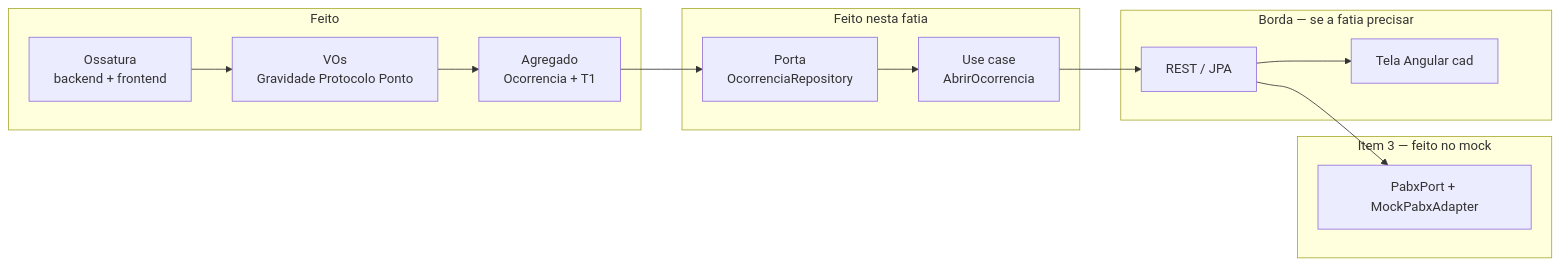
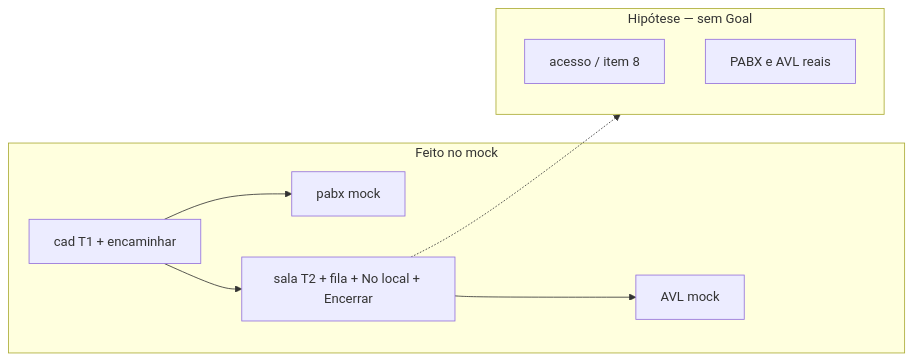
One commit to fmmcbaficdev/cicc changed the first of 3 diagrams in docs/fluxo-componentes.md. Above: the diagram before and after it, drawn with Mermaid. The commit also changed other lines of this file and 33 other files, not shown here.

Commit message:
Close the mock loop by ending the case and returning the unit to Livre so the desk can dispatch again.

````diff
--- a/docs/fluxo-componentes.md
+++ b/docs/fluxo-componentes.md
@@ -9,21 +11,16 @@
 ```mermaid
 flowchart LR
-  subgraph feito [Feito]
-    A[Ossatura<br/>backend + frontend]
-    B[VOs<br/>Gravidade Protocolo Ponto]
-    C[Agregado<br/>Ocorrencia + T1]
+  subgraph feito [Feito no mock]
+    CAD[cad T1 + encaminhar]
+    PABX[pabx mock]
+    SALA[sala T2 + fila + No local + Encerrar]
+    AVL[AVL mock]
   end
-  subgraph agora [Feito nesta fatia]
-    D[Porta<br/>OcorrenciaRepository]
-    E[Use case<br/>AbrirOcorrencia]
+  subgraph hipotese [Hipótese — sem Goal]
+    ACESSO[acesso / item 8]
+    REAL[PABX e AVL reais]
   end
-  subgraph depois [Borda — se a fatia precisar]
-    F[REST / JPA]
-    G[Tela Angular cad]
-  end
-  subgraph pabx [Item 3 — feito no mock]
-    H[PabxPort + MockPabxAdapter]
-  end
-  A --> B --> C --> D --> E --> F --> H
-  F --> G
+  CAD --> PABX
+  CAD --> SALA --> AVL
+  SALA -.-> hipotese
 ```
````
